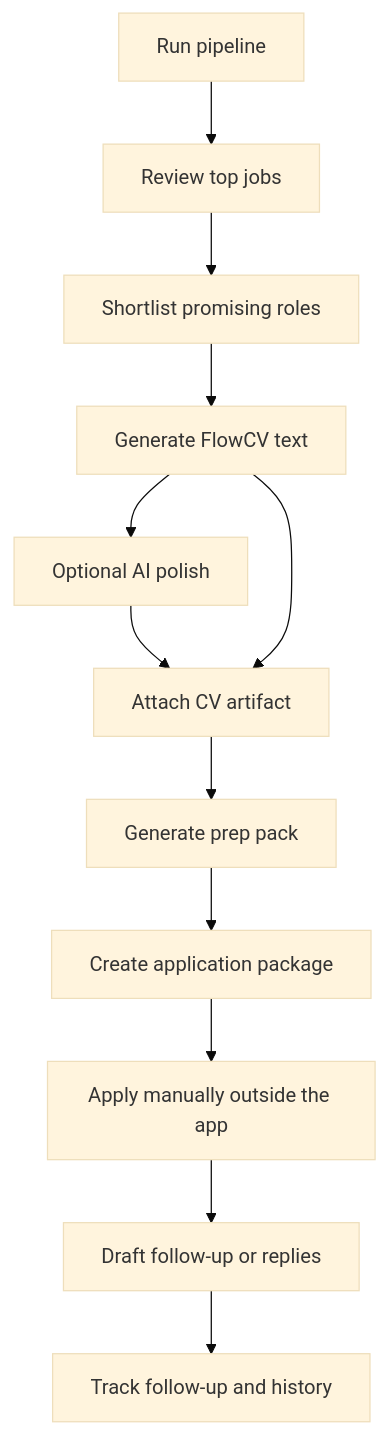
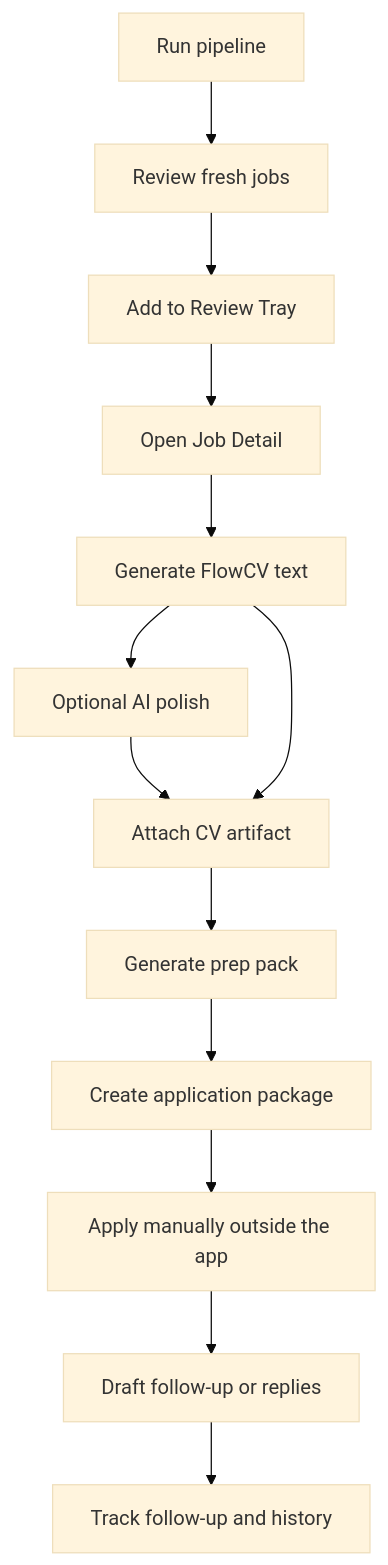
One commit to de-himanshu19/AI_JOB_HUNT_PLATFORM changed the second of 2 diagrams in README.md. Above: the diagram before and after it, drawn with Mermaid (base theme). The commit also changed other lines of this file and 14 other files, not shown here.

````diff
--- a/README.md
+++ b/README.md
@@ -69,14 +69,15 @@
 ```mermaid
 flowchart TD
-    Pipeline["Run pipeline"] --> Review["Review top jobs"]
-    Review --> Shortlist["Shortlist promising roles"]
-    Shortlist --> Generate["Generate FlowCV text"]
+    Pipeline["Run pipeline"] --> Review["Review fresh jobs"]
+    Review --> Tray["Add to Review Tray"]
+    Tray --> Detail["Open Job Detail"]
+    Detail --> Generate["Generate FlowCV text"]
     Generate --> Polish["Optional AI polish"]
     Polish --> Attach["Attach CV artifact"]
     Generate --> Attach
     Attach --> Prep["Generate prep pack"]
     Prep --> Package["Create application package"]
     Package --> Apply["Apply manually outside the app"]
     Apply --> Comms["Draft follow-up or replies"]
     Comms --> FollowUp["Track follow-up and history"]
 ```
````
